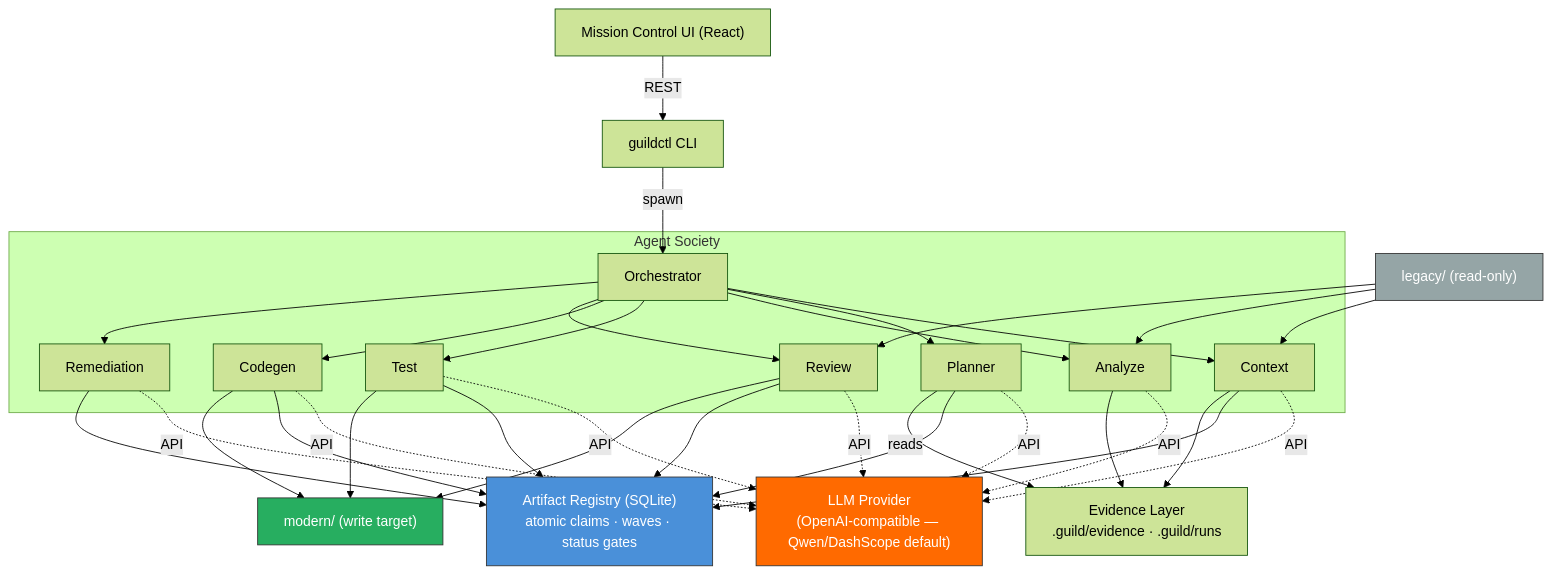
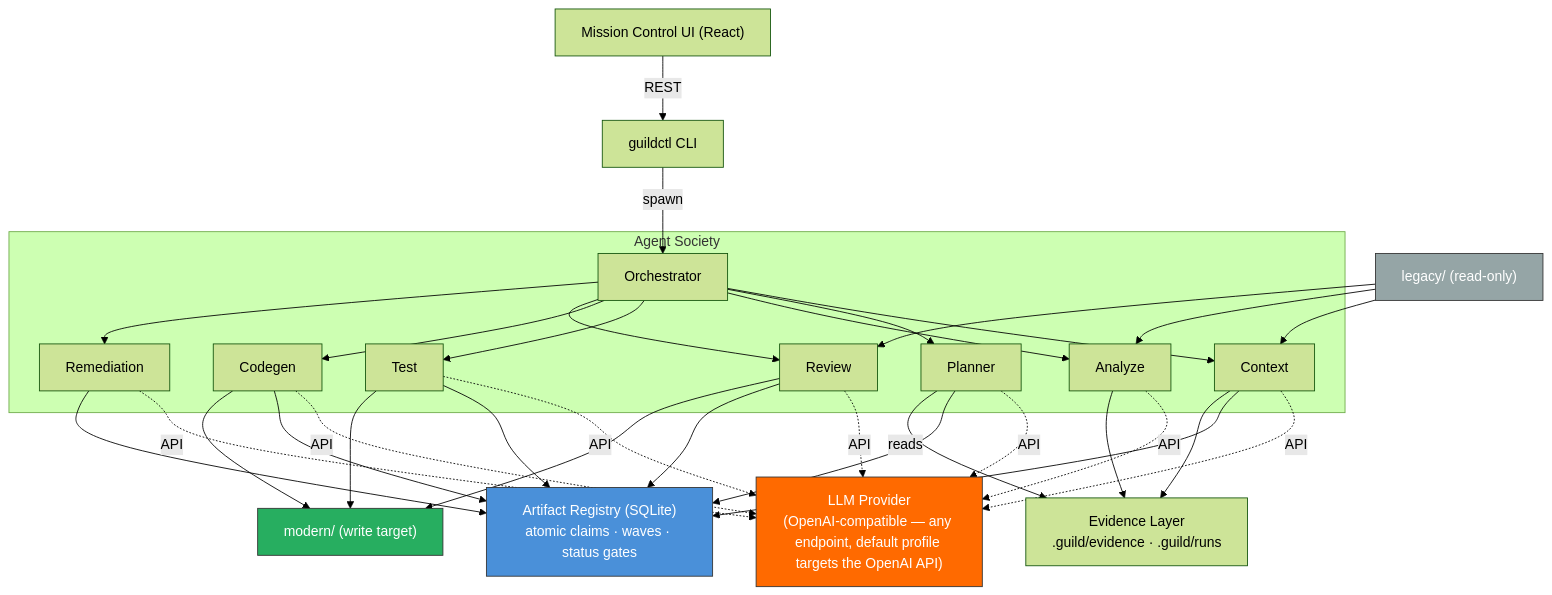
One commit to iserifith/migration-guild changed the diagram in README.md. Above: the diagram before and after it, drawn with Mermaid (forest theme). The commit also changed other lines of this file and 10 other files, not shown here.

````diff
--- a/README.md
+++ b/README.md
@@ -37,33 +37,33 @@
 ```mermaid
 graph TB
     UI["Mission Control UI (React)"] -->|REST| CLI["guildctl CLI"]
     CLI -->|spawn| ORCH["Orchestrator"]
 
     subgraph "Agent Society"
         ORCH --> CTX["Context"]
         ORCH --> PLAN["Planner"]
         ORCH --> ANA["Analyze"]
         ORCH --> TEST["Test"]
         ORCH --> CODE["Codegen"]
         ORCH --> REV["Review"]
         ORCH --> REM["Remediation"]
     end
 
     REG["Artifact Registry (SQLite)<br/>atomic claims · waves · status gates"]
     EV["Evidence Layer<br/>.guild/evidence · .guild/runs"]
-    LLM["LLM Provider<br/>(OpenAI-compatible — Qwen/DashScope default)"]
+    LLM["LLM Provider<br/>(OpenAI-compatible — any endpoint, default profile targets the OpenAI API)"]
 
     CTX & PLAN & ANA & TEST & CODE & REV & REM -.->|API| LLM
     CTX & PLAN & TEST & CODE & REV & REM --> REG
     CTX & ANA --> EV
     PLAN -->|reads| EV
 
     LEG["legacy/ (read-only)"] --> CTX & ANA & REV
     TEST & CODE --> MOD["modern/ (write target)"]
     REV --> MOD
 
     style REG fill:#4a90d9,stroke:#333,color:#fff
     style LLM fill:#ff6a00,stroke:#333,color:#fff
     style LEG fill:#95a5a6,stroke:#333,color:#fff
     style MOD fill:#27ae60,stroke:#333,color:#fff
 ```
````
